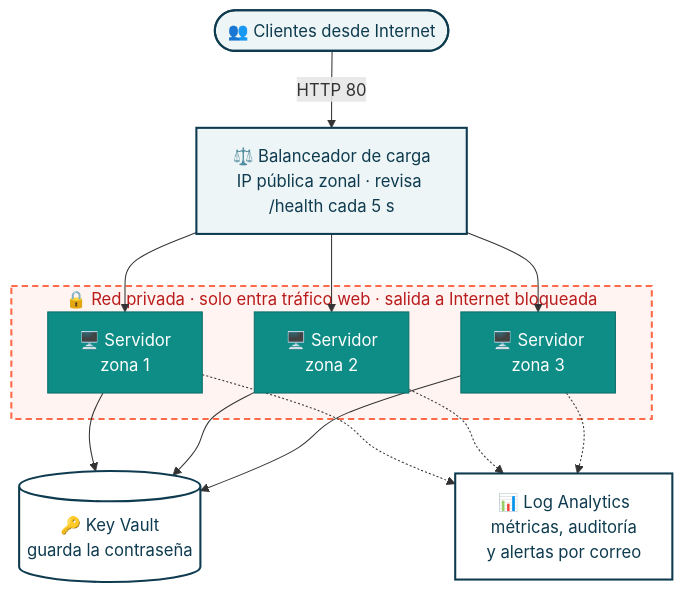
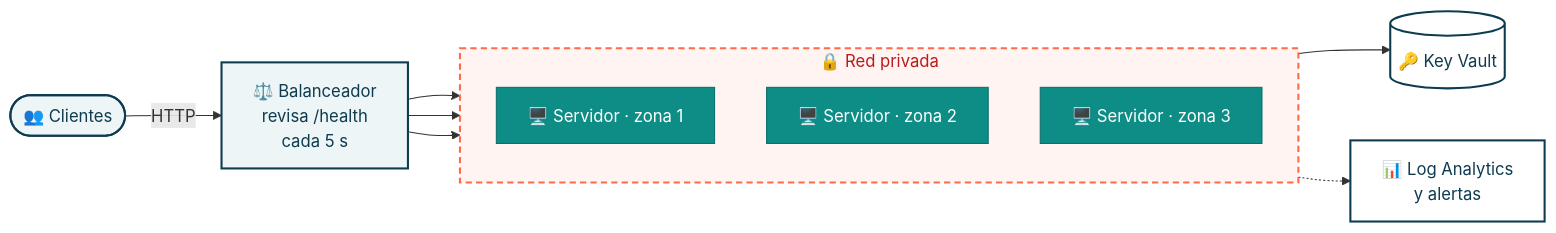
Before and after one commit to AgEnt3P18/caribeshop-taller-integrador: the first of 2 diagrams in README.md, drawn with Mermaid. The commit also changed other lines of this file, not shown here.

Commit message:
docs: simplificar diagrama de arquitectura del README

````diff
--- a/README.md
+++ b/README.md
@@ -49,22 +49,23 @@
 ```mermaid
-flowchart TB
-    U(["👥 Clientes desde Internet"]) -->|HTTP 80| LB["⚖️ Balanceador de carga<br/>IP pública zonal · revisa /health cada 5 s"]
+flowchart LR
+    U(["👥 Clientes"]) -->|HTTP| LB["⚖️ Balanceador<br/>revisa /health<br/>cada 5 s"]
 
-    subgraph NET["🔒 Red privada · solo entra tráfico web · salida a Internet bloqueada"]
-        V1["🖥️ Servidor<br/>zona 1"]
-        V2["🖥️ Servidor<br/>zona 2"]
-        V3["🖥️ Servidor<br/>zona 3"]
+    subgraph NET["🔒 Red privada"]
+        direction TB
+        V1["🖥️ Servidor · zona 1"]
+        V2["🖥️ Servidor · zona 2"]
+        V3["🖥️ Servidor · zona 3"]
     end
 
     LB --> V1 & V2 & V3
-    V1 & V2 & V3 --> KV[("🔑 Key Vault<br/>guarda la contraseña")]
-    V1 & V2 & V3 -.-> MON["📊 Log Analytics<br/>métricas, auditoría<br/>y alertas por correo"]
+    NET --> KV[("🔑 Key Vault")]
+    NET -.-> MON["📊 Log Analytics<br/>y alertas"]
 
     classDef ext fill:#EEF5F6,stroke:#0E3B4F,stroke-width:2px,color:#0E3B4F
     classDef srv fill:#0E8C86,stroke:#0B6F6A,color:#FFFFFF
     classDef svc fill:#FFFFFF,stroke:#0E3B4F,stroke-width:2px,color:#0E3B4F
     class U,LB ext
     class V1,V2,V3 srv
     class KV,MON svc
     style NET fill:#FFF4F1,stroke:#FF6B4A,stroke-width:2px,stroke-dasharray:6 4,color:#B91C1C
 ```
````
